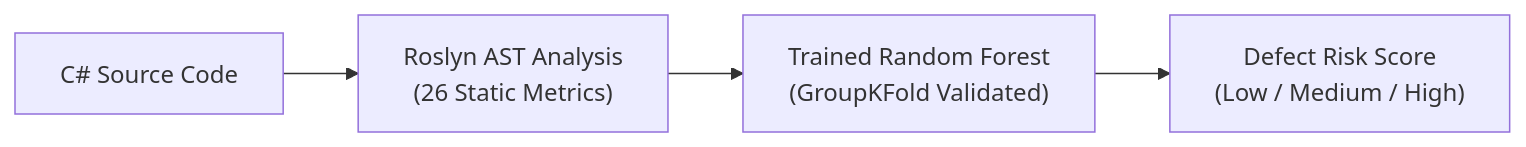
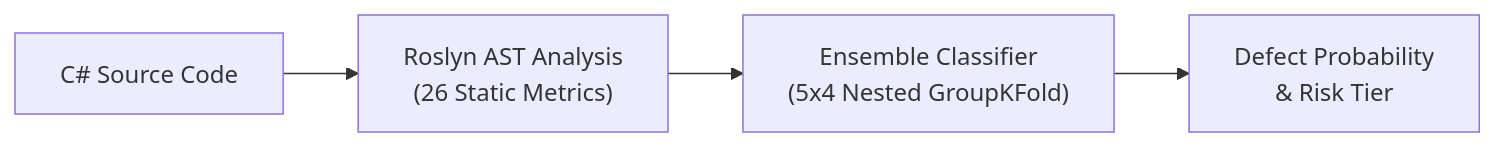
The diagram in Year2_Semester1_ComputationalIntelligenceSoftwareEngineering/CISE_Project2/6_Presentation/01_ProjectOverview.md (BogdanCTU/Applied-Computational-Intelligence-UBB), drawn with Mermaid before and after one commit. The commit also changed other lines of this file and 18 other files, not shown here.

````diff
--- a/Year2_Semester1_ComputationalIntelligenceSoftwareEngineering/CISE_Project2/6_Presentation/01_ProjectOverview.md
+++ b/Year2_Semester1_ComputationalIntelligenceSoftwareEngineering/CISE_Project2/6_Presentation/01_ProjectOverview.md
@@ -14,6 +14,6 @@
 ```mermaid
 flowchart LR
     Source["C# Source Code"] --> Roslyn["Roslyn AST Analysis<br/>(26 Static Metrics)"]
-    Roslyn --> Model["Trained Random Forest<br/>(GroupKFold Validated)"]
-    Model --> Score["Defect Risk Score<br/>(Low / Medium / High)"]
+    Roslyn --> Model["Ensemble Classifier<br/>(5x4 Nested GroupKFold)"]
+    Model --> Score["Defect Probability<br/>& Risk Tier"]
 ```
````
